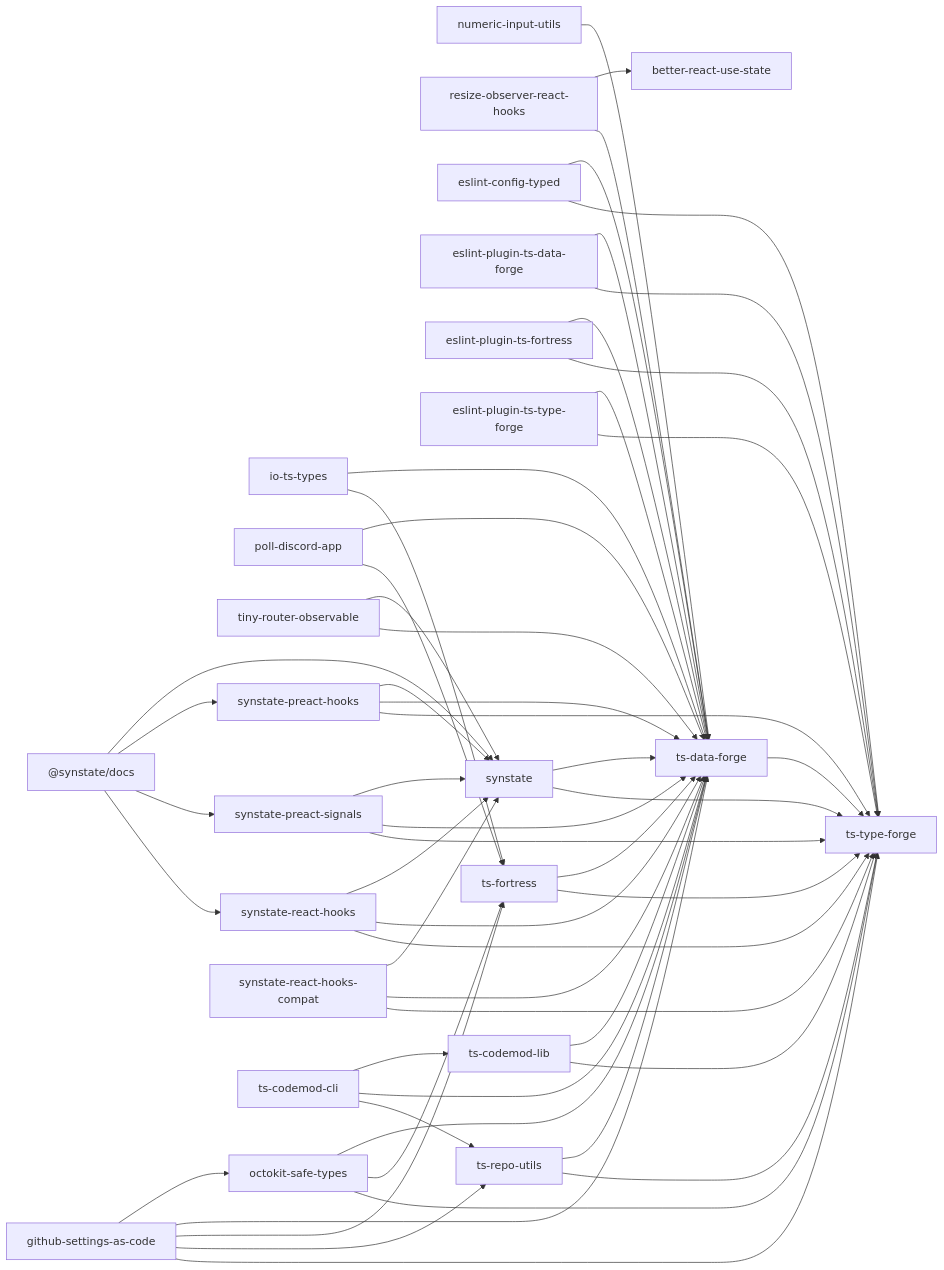
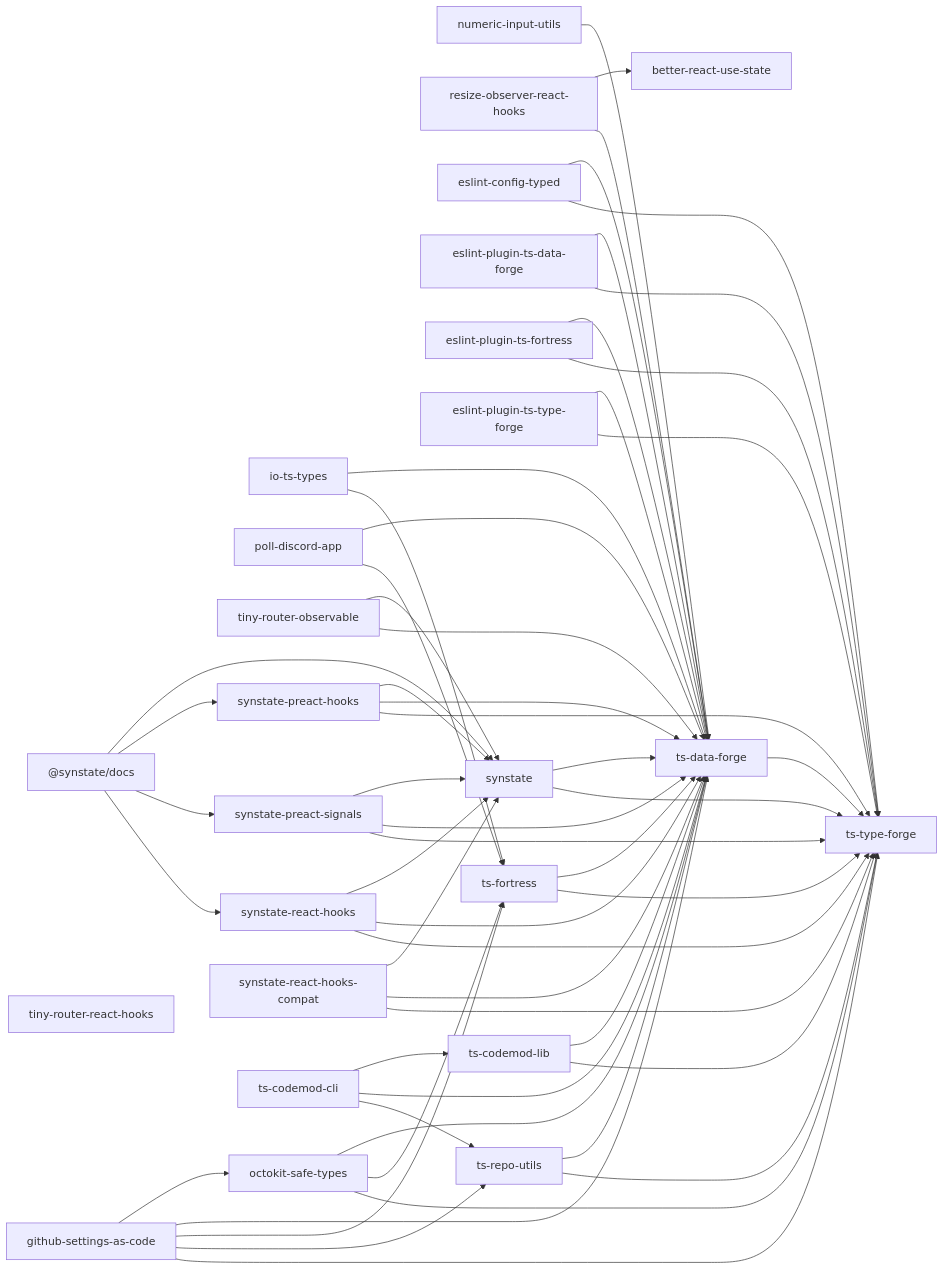
The diagram in docs/package-dependencies.md (noshiro-pf/mono), drawn with Mermaid before and after one commit. The commit also changed other lines of this file and 8 other files, not shown here.

First line of the commit message:
feat: restore tiny-router-react-hooks from experimental/ (#1629)

````diff
--- a/docs/package-dependencies.md
+++ b/docs/package-dependencies.md
@@ -13,80 +13,81 @@
 ```mermaid
 graph LR
   io_ts_types["io-ts-types"]
   numeric_input_utils["numeric-input-utils"]
   poll_discord_app["poll-discord-app"]
   resize_observer_react_hooks["resize-observer-react-hooks"]
   _synstate_docs["@synstate/docs"]
   tiny_router_observable["tiny-router-observable"]
+  tiny_router_react_hooks["tiny-router-react-hooks"]
   better_react_use_state["better-react-use-state"]
   eslint_config_typed["eslint-config-typed"]
   eslint_plugin_ts_data_forge["eslint-plugin-ts-data-forge"]
   eslint_plugin_ts_fortress["eslint-plugin-ts-fortress"]
   eslint_plugin_ts_type_forge["eslint-plugin-ts-type-forge"]
   github_settings_as_code["github-settings-as-code"]
   octokit_safe_types["octokit-safe-types"]
   synstate["synstate"]
   synstate_preact_hooks["synstate-preact-hooks"]
   synstate_preact_signals["synstate-preact-signals"]
   synstate_react_hooks["synstate-react-hooks"]
   synstate_react_hooks_compat["synstate-react-hooks-compat"]
   ts_codemod_cli["ts-codemod-cli"]
   ts_codemod_lib["ts-codemod-lib"]
   ts_data_forge["ts-data-forge"]
   ts_fortress["ts-fortress"]
   ts_repo_utils["ts-repo-utils"]
   ts_type_forge["ts-type-forge"]
   io_ts_types --> ts_data_forge
   io_ts_types --> ts_fortress
   numeric_input_utils --> ts_data_forge
   poll_discord_app --> ts_data_forge
   poll_discord_app --> ts_fortress
   resize_observer_react_hooks --> better_react_use_state
   resize_observer_react_hooks --> ts_data_forge
   _synstate_docs --> synstate
   _synstate_docs --> synstate_preact_hooks
   _synstate_docs --> synstate_preact_signals
   _synstate_docs --> synstate_react_hooks
   tiny_router_observable --> synstate
   tiny_router_observable --> ts_data_forge
   eslint_config_typed --> ts_data_forge
   eslint_config_typed --> ts_type_forge
   eslint_plugin_ts_data_forge --> ts_data_forge
   eslint_plugin_ts_data_forge --> ts_type_forge
   eslint_plugin_ts_fortress --> ts_data_forge
   eslint_plugin_ts_fortress --> ts_type_forge
   eslint_plugin_ts_type_forge --> ts_data_forge
   eslint_plugin_ts_type_forge --> ts_type_forge
   github_settings_as_code --> octokit_safe_types
   github_settings_as_code --> ts_data_forge
   github_settings_as_code --> ts_fortress
   github_settings_as_code --> ts_repo_utils
   github_settings_as_code --> ts_type_forge
   octokit_safe_types --> ts_data_forge
   octokit_safe_types --> ts_fortress
   octokit_safe_types --> ts_type_forge
   synstate --> ts_data_forge
   synstate --> ts_type_forge
   synstate_preact_hooks --> synstate
   synstate_preact_hooks --> ts_data_forge
   synstate_preact_hooks --> ts_type_forge
   synstate_preact_signals --> synstate
   synstate_preact_signals --> ts_data_forge
   synstate_preact_signals --> ts_type_forge
   synstate_react_hooks --> synstate
   synstate_react_hooks --> ts_data_forge
   synstate_react_hooks --> ts_type_forge
   synstate_react_hooks_compat --> synstate
   synstate_react_hooks_compat --> ts_data_forge
   synstate_react_hooks_compat --> ts_type_forge
   ts_codemod_cli --> ts_codemod_lib
   ts_codemod_cli --> ts_data_forge
   ts_codemod_cli --> ts_repo_utils
   ts_codemod_lib --> ts_data_forge
   ts_codemod_lib --> ts_type_forge
   ts_data_forge --> ts_type_forge
   ts_fortress --> ts_data_forge
   ts_fortress --> ts_type_forge
   ts_repo_utils --> ts_data_forge
   ts_repo_utils --> ts_type_forge
 ```
````
